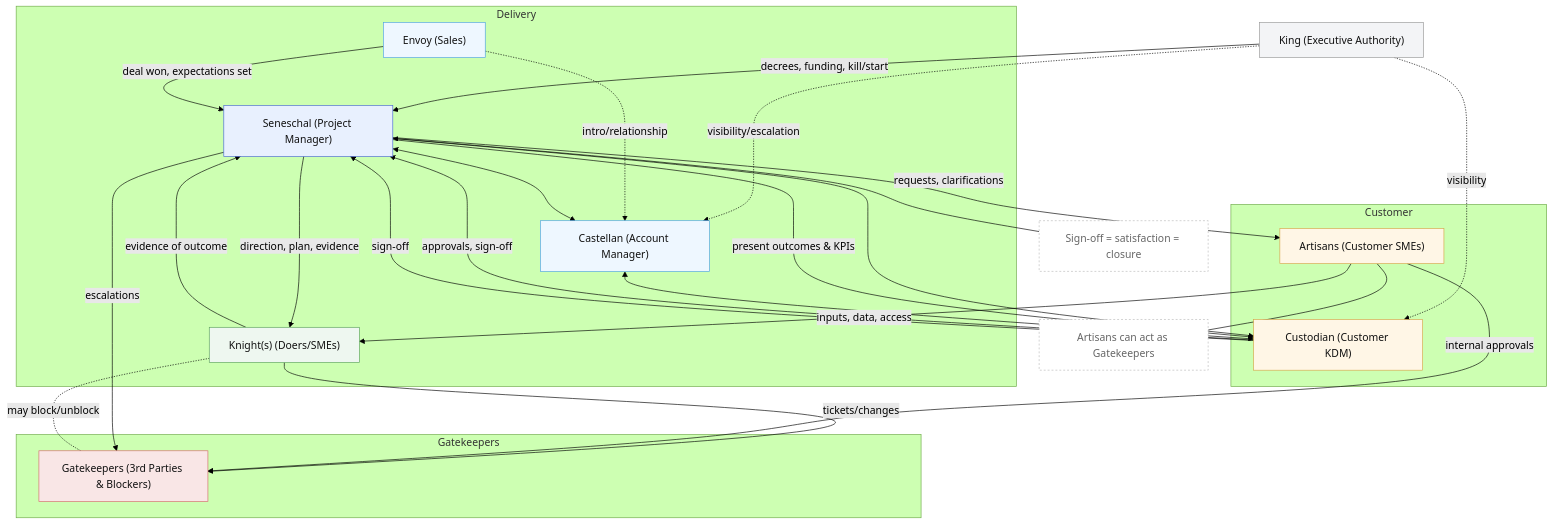
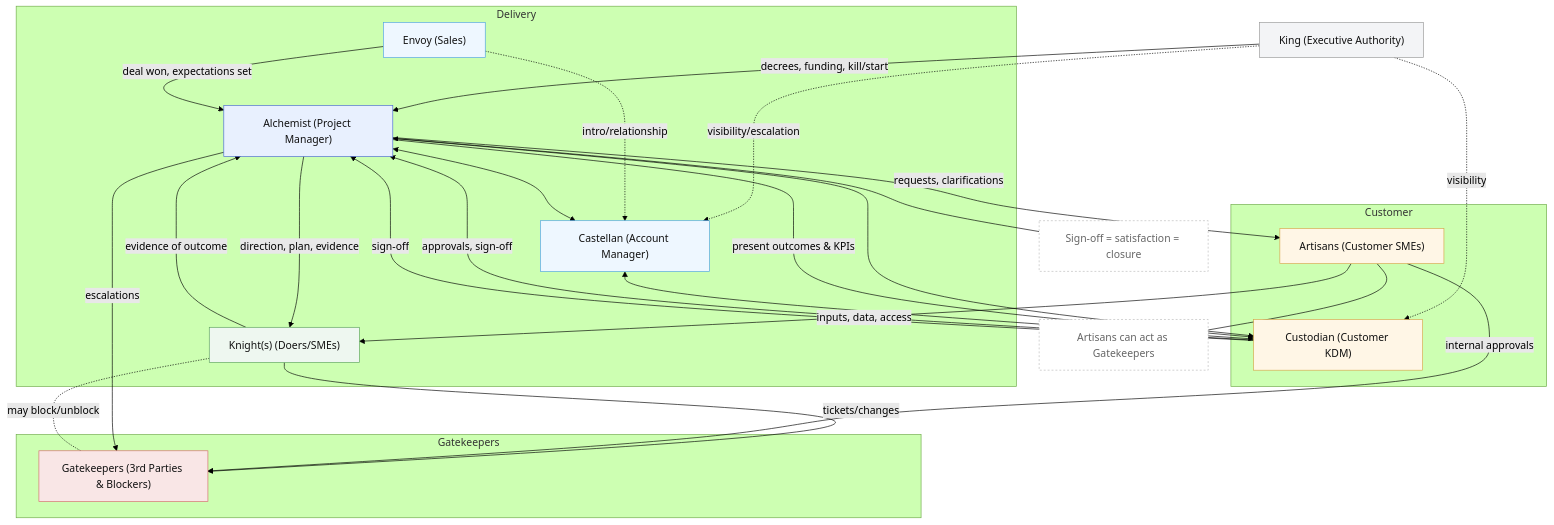
Before and after one commit to codefitz/Bootstrap-PM: the diagram in method/roles.md, drawn with Mermaid (forest theme). The commit also changed other lines of this file and 5 other files, not shown here.

````diff
--- a/method/roles.md
+++ b/method/roles.md
@@ -125,72 +126,72 @@
 ```mermaid
 flowchart TD
   %% Layout
   classDef exec fill:#f3f4f6,stroke:#999,color:#111
   classDef mgr fill:#e8f0fe,stroke:#4a67d6,color:#111
   classDef acct fill:#eef7ff,stroke:#4fa3e3,color:#111
   classDef doer fill:#eef7f0,stroke:#5ca35c,color:#111
   classDef cust fill:#fff6e6,stroke:#d6a74a,color:#111
   classDef gate fill:#f9e6e6,stroke:#d66c6c,color:#111
   classDef info fill:#fff,stroke:#bbb,color:#666,stroke-dasharray: 3 3
 
   %% Top authority
   KING["King (Executive Authority)"]:::exec
 
   %% Delivery side
   subgraph DELIVERY[Delivery]
-    SENE["Seneschal (Project Manager)"]:::mgr
+    SENE["Alchemist (Project Manager)"]:::mgr
     CAST["Castellan (Account Manager)"]:::acct
     ENVOY["Envoy (Sales)"]:::acct
     KNIGHT["Knight(s) (Doers/SMEs)"]:::doer
   end
 
   %% Customer side
   subgraph CUSTOMER[Customer]
     CUST["Custodian (Customer KDM)"]:::cust
     ART["Artisans (Customer SMEs)"]:::cust
   end
 
   %% Gatekeepers (can be 3rd parties or internal)
   subgraph GATES[Gatekeepers]
     GKP["Gatekeepers (3rd Parties & Blockers)"]:::gate
   end
 
   %% Authority lines
   KING -->|decrees, funding, kill/start| SENE
   KING -. visibility/escalation .-> CAST
   KING -. visibility .-> CUST
 
   %% Sales handover
   ENVOY -->|deal won, expectations set| SENE
   ENVOY -. intro/relationship .-> CAST
 
   %% Delivery control & execution
   SENE -->|direction, plan, evidence| KNIGHT
   SENE <--> CAST
   SENE <--> CUST
 
   %% Customer knowledge & access
   CUST -->|approvals, sign-off| SENE
   SENE -->|requests, clarifications| ART
   ART -->|inputs, data, access| KNIGHT
 
   %% Gatekeeping paths (access, approvals, tickets)
   KNIGHT -->|tickets/changes| GKP
   ART -->|internal approvals| GKP
   SENE -->|escalations| GKP
   GKP -. may block/unblock .- KNIGHT
 
   %% Sign-off loop
   KNIGHT -->|evidence of outcome| SENE
   SENE -->|present outcomes & KPIs| CUST
   CUST -->|sign-off| SENE
 
   %% Customer continuity
   CAST <--> CUST
 
   %% Notes
   NOTE1["Sign-off = satisfaction = closure"]:::info
   NOTE2["Artisans can act as Gatekeepers"]:::info
   SENE --- NOTE1
   ART --- NOTE2
 ```
````
